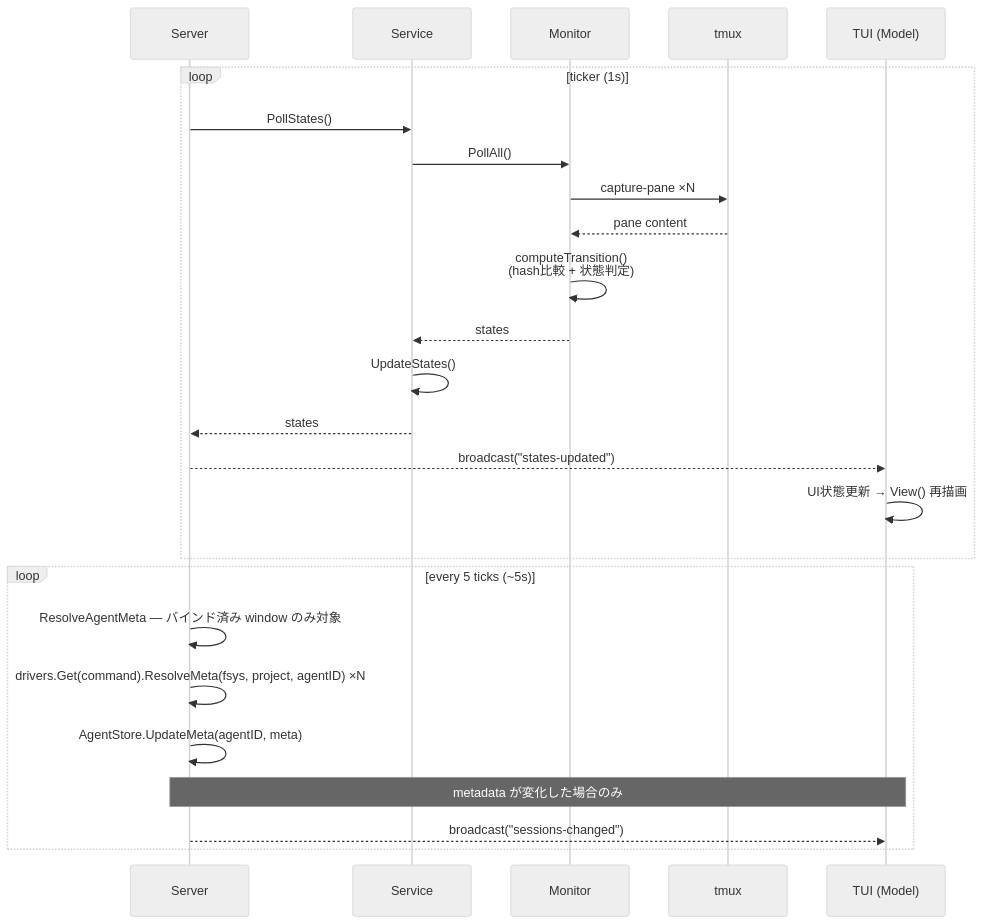
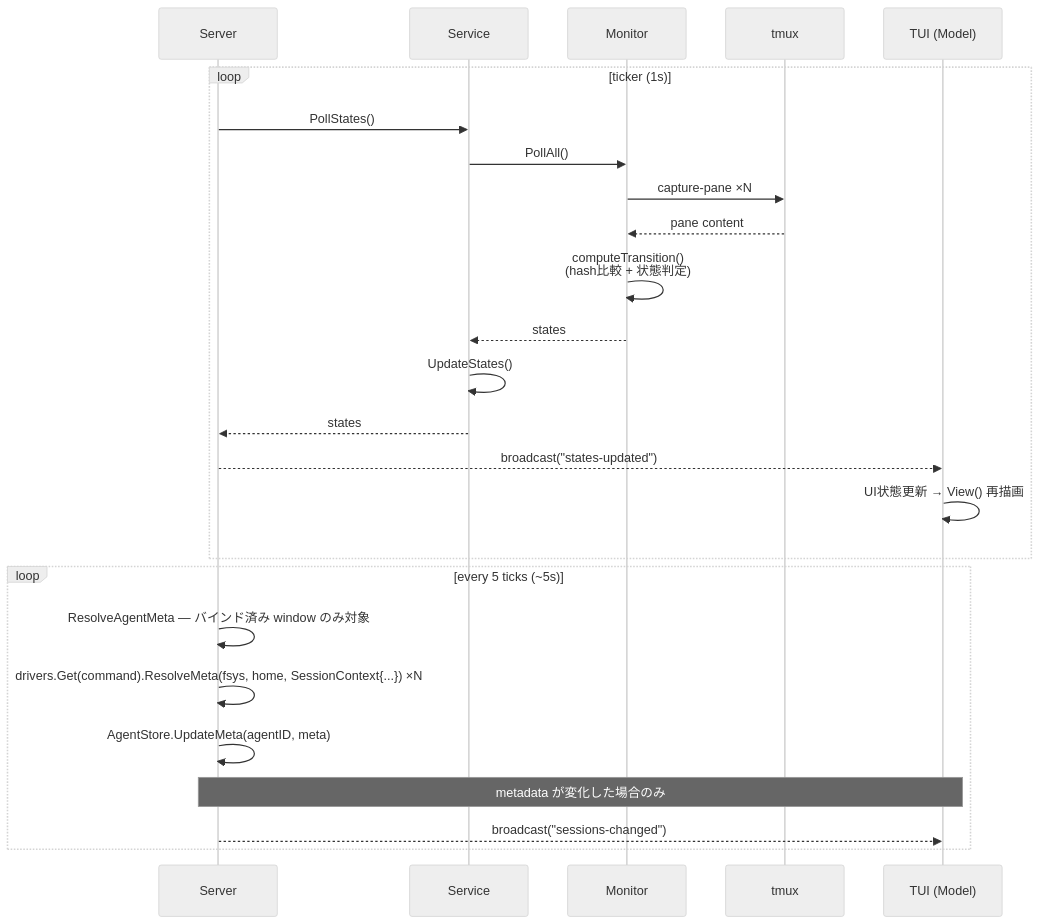
The fourth of 5 diagrams in ARCHITECTURE.md (takezoh/agent-roost), drawn with Mermaid (neutral theme) before and after one commit. The commit also changed other lines of this file and 19 other files, not shown here.

````diff
--- a/ARCHITECTURE.md
+++ b/ARCHITECTURE.md
@@ -422,29 +422,29 @@
 ```mermaid
 sequenceDiagram
     participant S as Server
     participant Svc as Service
     participant Mon as Monitor
     participant T as tmux
     participant M as TUI (Model)
 
     loop ticker (1s)
         S->>Svc: PollStates()
         Svc->>Mon: PollAll()
         Mon->>T: capture-pane ×N
         T-->>Mon: pane content
         Mon->>Mon: computeTransition()<br/>(hash比較 + 状態判定)
         Mon-->>Svc: states
         Svc->>Svc: UpdateStates()
         Svc-->>S: states
         S-->>M: broadcast("states-updated")
         M->>M: UI状態更新 → View() 再描画
     end
 
     loop every 5 ticks (~5s)
         S->>S: ResolveAgentMeta — バインド済み window のみ対象
-        S->>S: drivers.Get(command).ResolveMeta(fsys, project, agentID) ×N
+        S->>S: drivers.Get(command).ResolveMeta(fsys, home, SessionContext{...}) ×N
         S->>S: AgentStore.UpdateMeta(agentID, meta)
         Note over S,M: metadata が変化した場合のみ
         S-->>M: broadcast("sessions-changed")
     end
 ```
````
